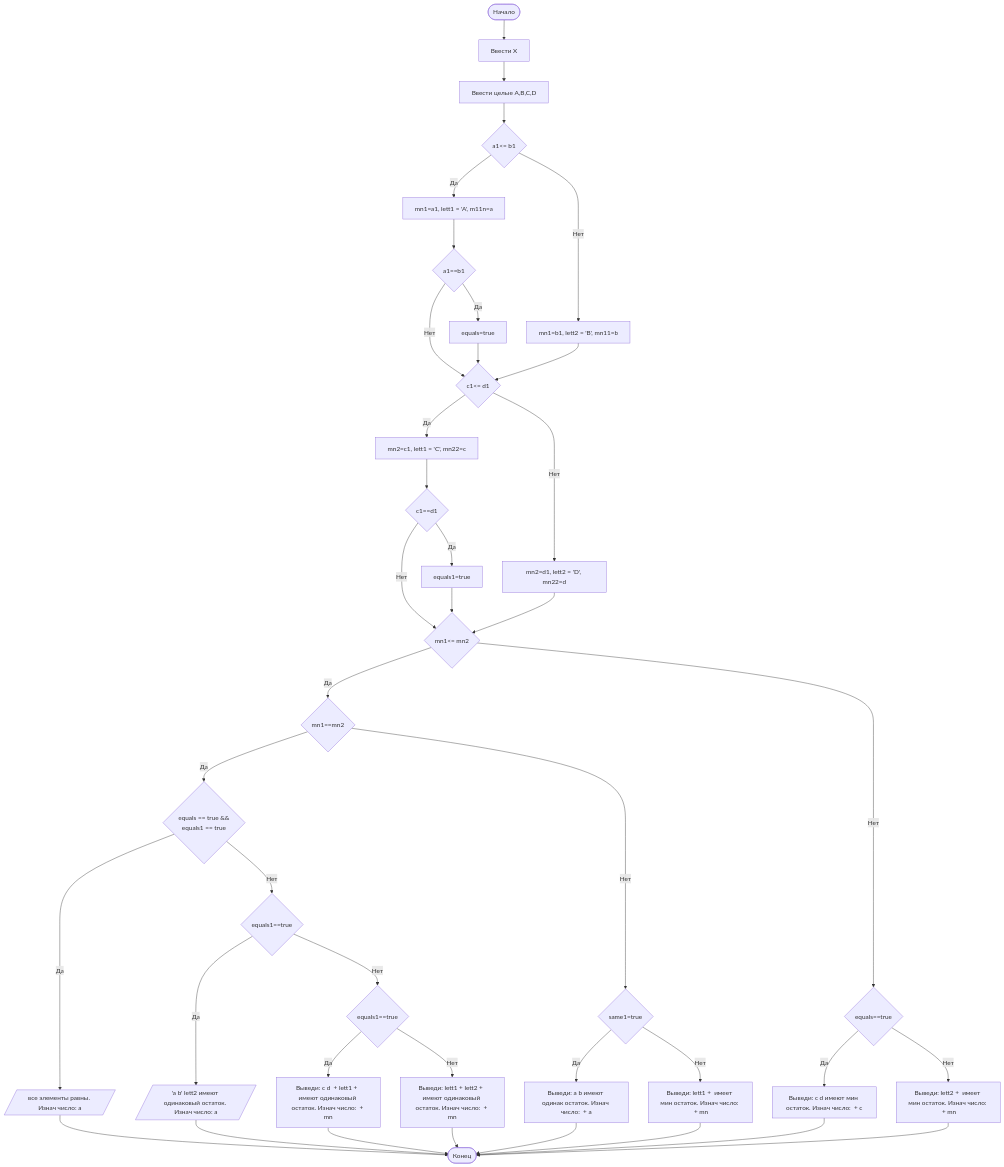
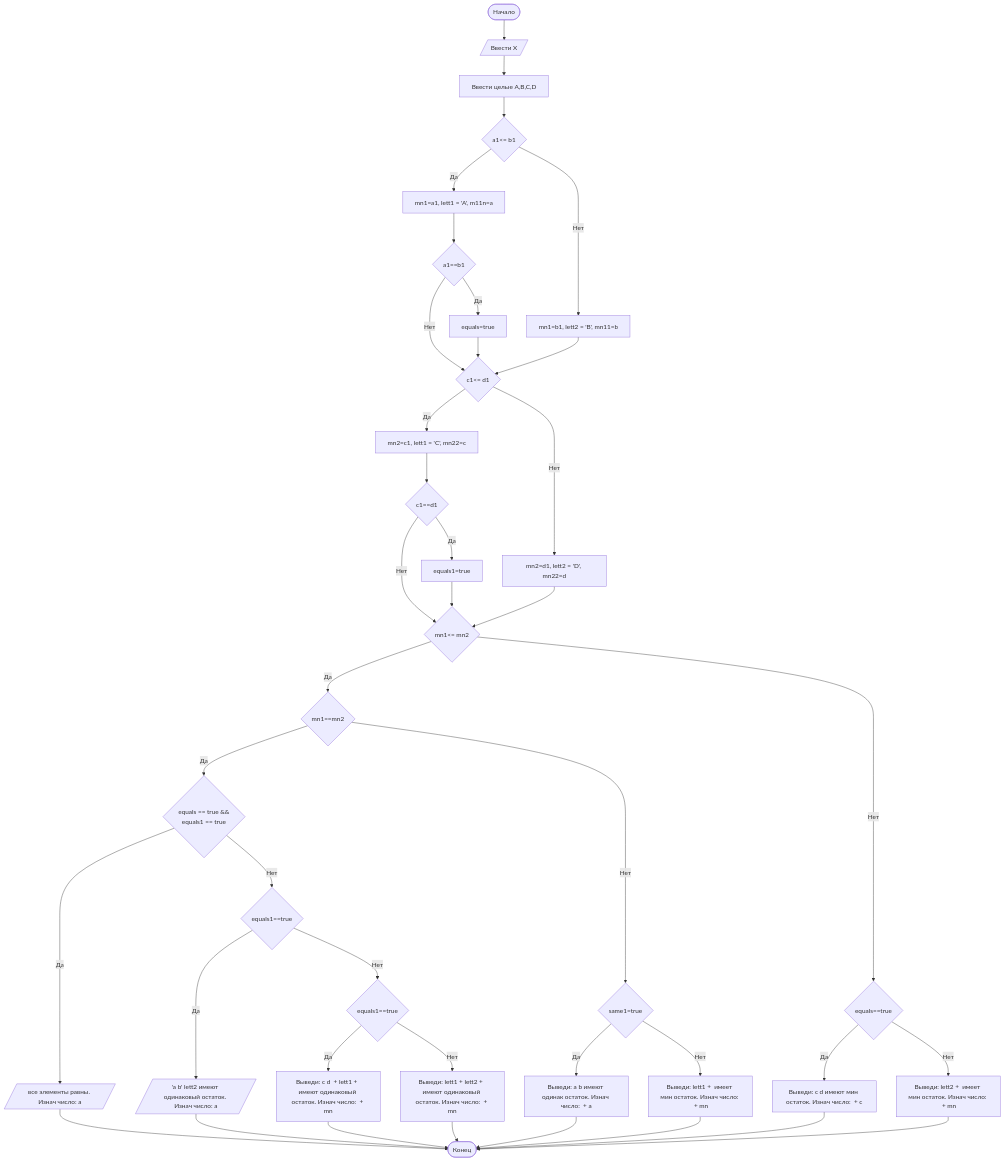
Before and after one commit to vadimrahma123/Lab1: the diagram in README.md, drawn with Mermaid.

````diff
--- a/README.md
+++ b/README.md
@@ -96,42 +96,42 @@
 ```mermaid
 graph TD
- A([Начало]) --> B[Ввести X]
+ A([Начало]) --> B[/Ввести X/]
  B --> D[Ввести целые A,B,C,D]
  D --> F{a1<= b1}
  F -- "Да" --> F3[mn1=a1,  lett1 = 'A', m11n=a]
  F -- "Нет" --> F4[mn1=b1, lett2 = 'B', mn11=b]
  F3 --> F1{a1==b1}
  F1 -- "Да" --> F2[equals=true]
  F1 -- "Нет" --> G{с1<= d1}
  F2 --> G
  F4 --> G
  G -- "Да" --> G3[mn2=c1, lett1 = 'C', mn22=c]
  G -- "Нет" --> G4[mn2=d1, lett2 = 'D', mn22=d]
  G3 --> G1{c1==d1}
  G1 -- "Да" --> G2[equals1=true]
  G1 -- "Нет" --> K{mn1<= mn2}
  G2 --> K
  G4 --> K
  K -- "Да" --> K1{mn1==mn2}
  K1 -- "Да" --> K2{equals == true && </br> equals1 == true}
  K2 -- "Да" --> P1[/все элементы равны. Изнач число: a/]
  K2 -- "Нет" --> K4{equals1==true}
  K4 -- "Да" --> P2[/'a b' lett2 имеют одинаковый остаток. Изнач число: a/]
  K4 -- "Нет" --> K5{equals1==true}
  K5 -- "Да" --> P3[Выведи: c d  + lett1 +  имеют одинаковый остаток. Изнач число:  + mn]
  K5 -- "Нет" --> P4[Выведи: lett1 + lett2 +  имеют одинаковый остаток. Изнач число:  + mn]
  K1 -- "Нет" --> K7{same1=true}
  K7 -- "Да" --> P7[Выведи: a b имеют одинак остаток. Изнач число:  + a]
  K7 -- "Нет" --> P8[Выведи: lett1 +  имеет мин остаток. Изнач число:  + mn]
  K -- "Нет" --> K9{equals==true}
  K9 -- "Да" --> P9[Выведи: c d имеют мин остаток. Изнач число:  + c]
  K9 -- "Нет" --> P10[Выведи: lett2 +  имеет мин остаток. Изнач число:  + mn]
  P1 --> Z([Конец])
  P2 --> Z
  P3 --> Z
  P4 --> Z
  P7 --> Z
  P8 --> Z
  P9 --> Z
  P10 --> Z
 ```
````
